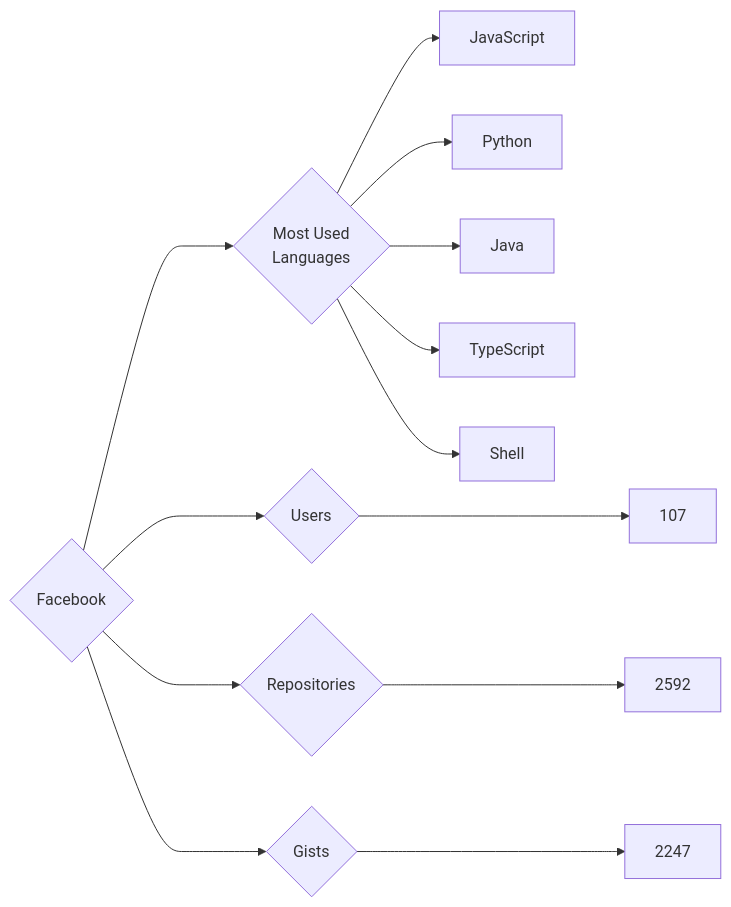
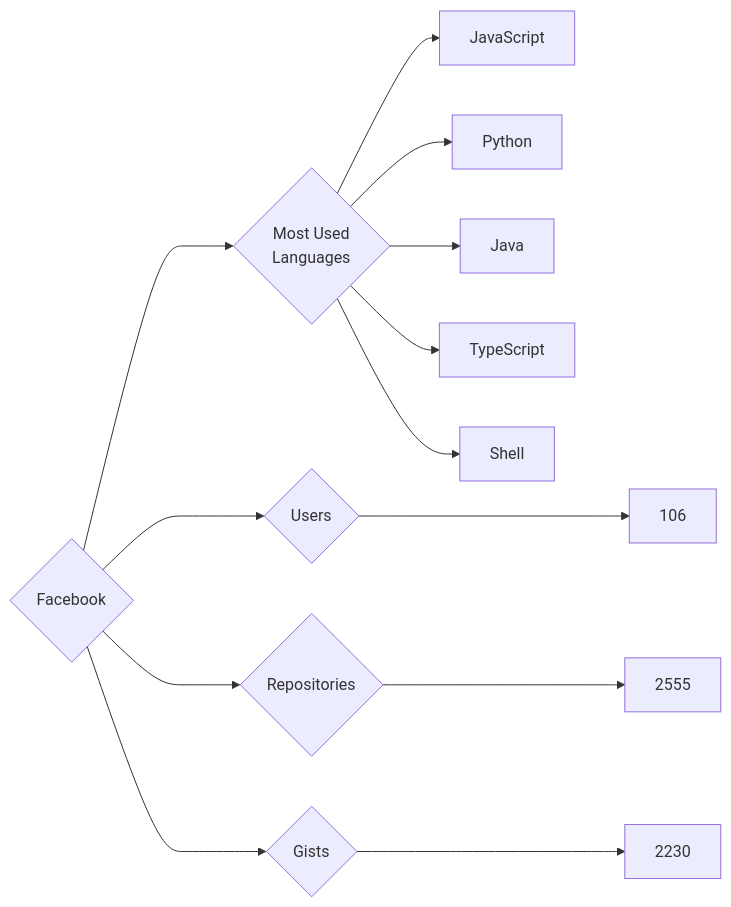
One commit to trickest/insiders changed the diagram in targets/Facebook/README.md. Above: the diagram before and after it, drawn with Mermaid. The commit also changed 786 other files, not shown here.

````diff
--- a/targets/Facebook/README.md
+++ b/targets/Facebook/README.md
@@ -3,13 +3,13 @@
 ```mermaid
 graph LR
 COMPANY_NAME{Facebook}
-COMPANY_NAME ---> U{Users} ---> UN[107]
-COMPANY_NAME ---> R{Repositories} ---> RN[2592]
-COMPANY_NAME ---> G{Gists} ---> GN[2247]
+COMPANY_NAME ---> U{Users} ---> UN[106]
+COMPANY_NAME ---> R{Repositories} ---> RN[2555]
+COMPANY_NAME ---> G{Gists} ---> GN[2230]
 COMPANY_NAME ---> ML{Most Used<br>Languages}
 ML --> JavaScript[JavaScript]
 ML --> Python[Python]
 ML --> Java[Java]
 ML --> TypeScript[TypeScript]
 ML --> Shell[Shell]
 ```
````
